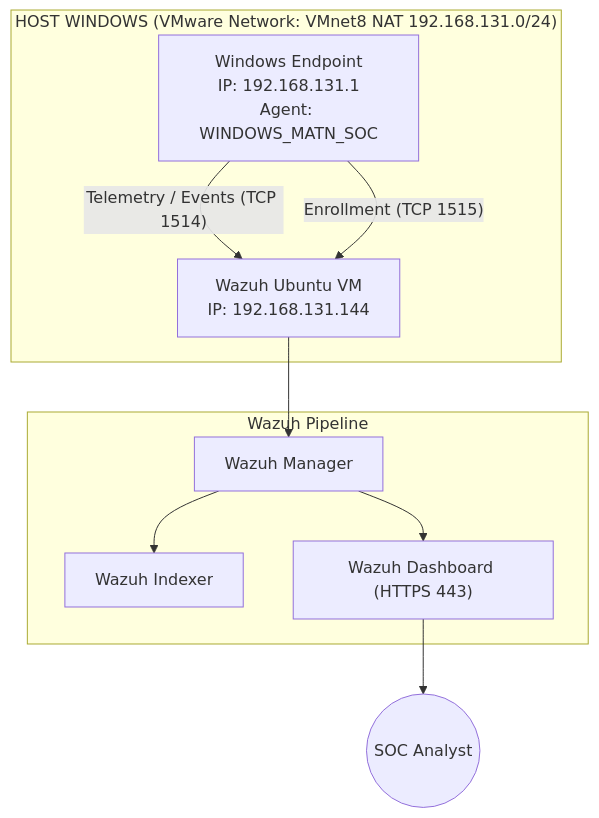
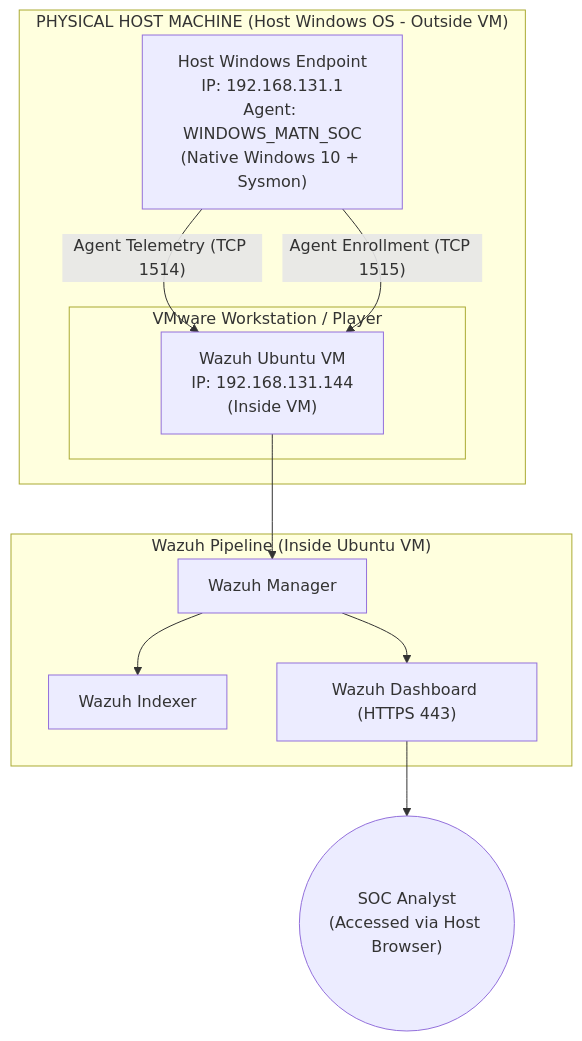
The first of 4 diagrams in README.md (ashrithpeechara/Wazuh-SOC-and-XDR-lab), drawn with Mermaid before and after one commit. The commit also changed other lines of this file, not shown here.

Commit message:
docs: clarify that Windows endpoint is the physical host outside the VM

````diff
--- a/README.md
+++ b/README.md
@@ -125,22 +128,25 @@
 ```mermaid
 graph TD
-    subgraph Host ["HOST WINDOWS (VMware Network: VMnet8 NAT 192.168.131.0/24)"]
-        WazuhVM["Wazuh Ubuntu VM<br/>IP: 192.168.131.144"]
-        WinEndpoint["Windows Endpoint<br/>IP: 192.168.131.1<br/>Agent: WINDOWS_MATN_SOC"]
+    subgraph PhysicalHost ["PHYSICAL HOST MACHINE (Host Windows OS - Outside VM)"]
+        WinEndpoint["Host Windows Endpoint<br/>IP: 192.168.131.1<br/>Agent: WINDOWS_MATN_SOC<br/>(Native Windows 10 + Sysmon)"]
+        
+        subgraph Hypervisor ["VMware Workstation / Player"]
+            WazuhVM["Wazuh Ubuntu VM<br/>IP: 192.168.131.144<br/>(Inside VM)"]
+        end
     end
 
-    WinEndpoint -- "Telemetry / Events (TCP 1514)" --> WazuhVM
-    WinEndpoint -- "Enrollment (TCP 1515)" --> WazuhVM
+    WinEndpoint -- "Agent Telemetry (TCP 1514)" --> WazuhVM
+    WinEndpoint -- "Agent Enrollment (TCP 1515)" --> WazuhVM
 
-    subgraph Pipeline ["Wazuh Pipeline"]
+    subgraph Pipeline ["Wazuh Pipeline (Inside Ubuntu VM)"]
         Manager["Wazuh Manager"]
         Indexer["Wazuh Indexer"]
         Dashboard["Wazuh Dashboard (HTTPS 443)"]
         
         WazuhVM --> Manager
         Manager --> Indexer
         Manager --> Dashboard
     end
 
-    Dashboard --> Analyst(("SOC Analyst"))
+    Dashboard --> Analyst(("SOC Analyst<br/>(Accessed via Host Browser)"))
 ```
````
